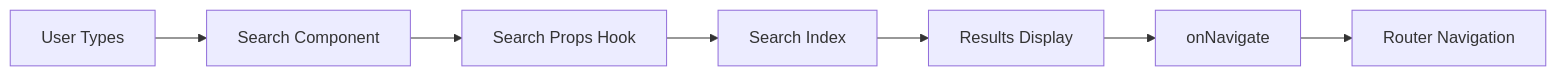
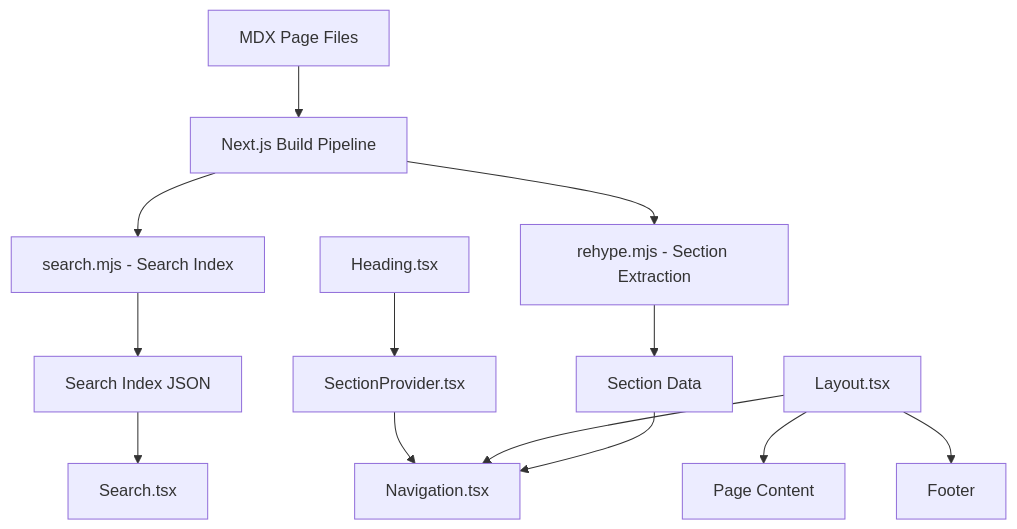
The diagram in documentation-src.md (leszek3737/librefang-WIki), drawn with Mermaid before and after one commit. The commit also changed other lines of this file and 56 other files, not shown here.

````diff
--- a/documentation-src.md
+++ b/documentation-src.md
@@ -103,9 +9,18 @@
 ```mermaid
-graph LR
-    A[User Types] --> B[Search Component]
-    B --> C[Search Props Hook]
-    C --> D[Search Index]
-    D --> E[Results Display]
-    E --> F[onNavigate]
-    F --> G[Router Navigation]
+graph TD
+    MDX[MDX Page Files] --> Build[Next.js Build Pipeline]
+    Build --> rehype[rehype.mjs - Section Extraction]
+    Build --> search[search.mjs - Search Index]
+    rehype --> Sections[Section Data]
+    search --> SearchIndex[Search Index JSON]
+    
+    Sections --> Nav[Navigation.tsx]
+    SearchIndex --> SearchComp[Search.tsx]
+    
+    Layout[Layout.tsx] --> Nav
+    Layout --> Content[Page Content]
+    Layout --> Footer[Footer]
+    
+    SectionProvider[SectionProvider.tsx] --> Nav
+    Heading[Heading.tsx] --> SectionProvider
 ```
````
